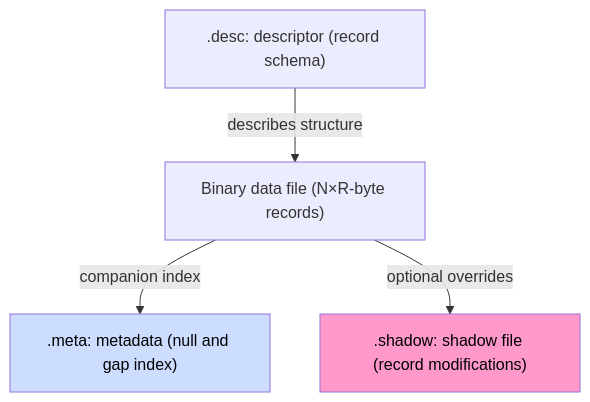
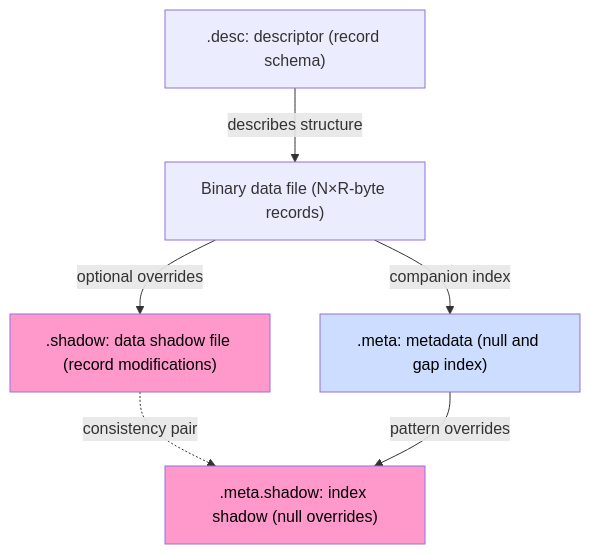
The diagram in data-processing-system-architecture/data-storage-format/readme.md (michalwidera/documentation-rdb), drawn with Mermaid before and after one commit. The commit also changed other lines of this file and 15 other files, not shown here.

````diff
--- a/data-processing-system-architecture/data-storage-format/readme.md
+++ b/data-processing-system-architecture/data-storage-format/readme.md
@@ -37,15 +38,19 @@
 ```mermaid
 %% pdf-width: 70%
 graph TD
   D[".desc: descriptor (record schema)"]
   B["Binary data file (N×R-byte records)"]
   M[".meta: metadata (null and gap index)"]
-  S[".shadow: shadow file (record modifications)"]
+  S[".shadow: data shadow file (record modifications)"]
+  MS[".meta.shadow: index shadow (null overrides)"]
 
     D -->|"describes structure"| B
     B -->|"companion index"| M
     B -->|"optional overrides"| S
+    S -.->|"consistency pair"| MS
+    M -->|"pattern overrides"| MS
 
     style S fill:#f9c,color:#000
+    style MS fill:#f9c,color:#000
     style M fill:#cdf,color:#000
 ```
````
